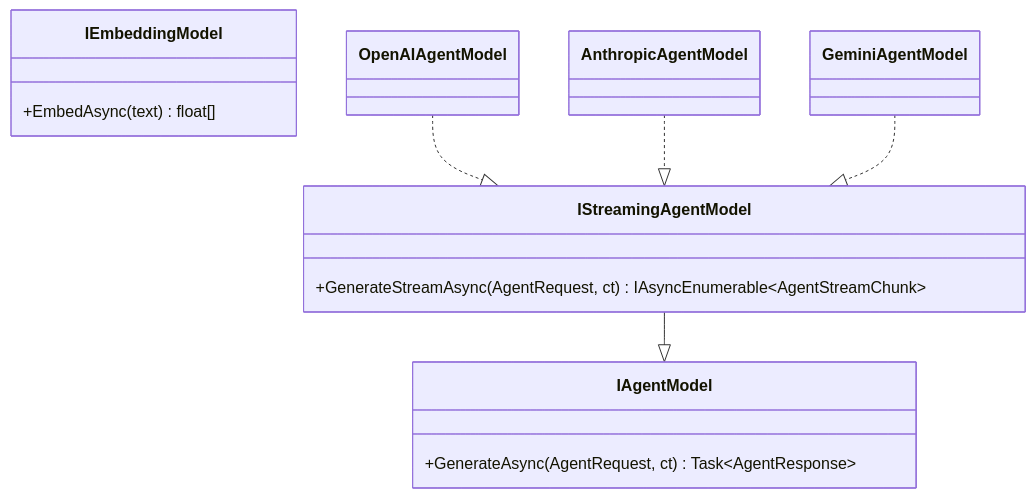
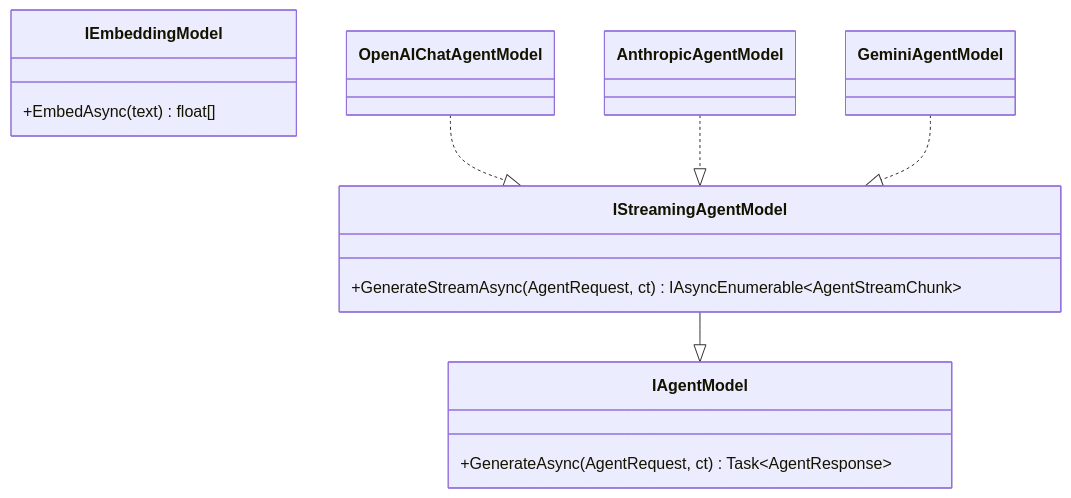
The first of 3 diagrams in architecture/agents.md (sevensamurai/Ananke), drawn with Mermaid before and after one commit. The commit also changed other lines of this file and 140 other files, not shown here.

````diff
--- a/architecture/agents.md
+++ b/architecture/agents.md
@@ -9,17 +9,17 @@
 ```mermaid
 classDiagram
     class IAgentModel {
         +GenerateAsync(AgentRequest, ct) Task~AgentResponse~
     }
     class IStreamingAgentModel {
         +GenerateStreamAsync(AgentRequest, ct) IAsyncEnumerable~AgentStreamChunk~
     }
     class IEmbeddingModel {
         +EmbedAsync(text) float[]
     }
 
     IStreamingAgentModel --|> IAgentModel
-    OpenAIAgentModel ..|> IStreamingAgentModel
+    OpenAIChatAgentModel ..|> IStreamingAgentModel
     AnthropicAgentModel ..|> IStreamingAgentModel
     GeminiAgentModel ..|> IStreamingAgentModel
 ```
````
